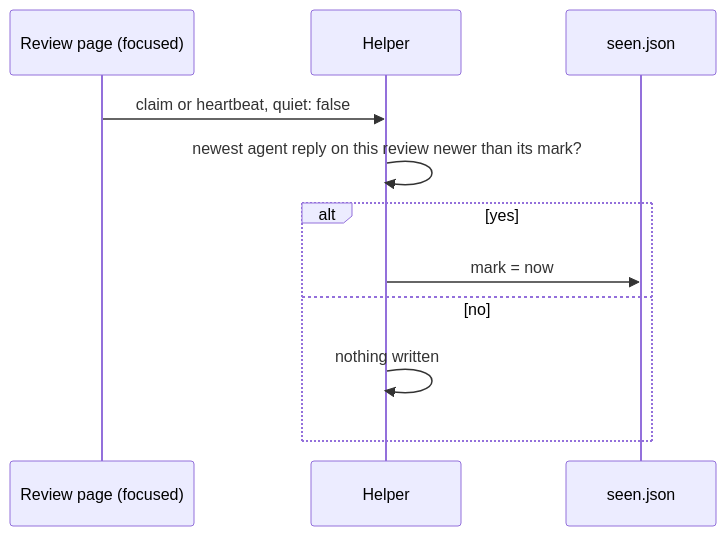
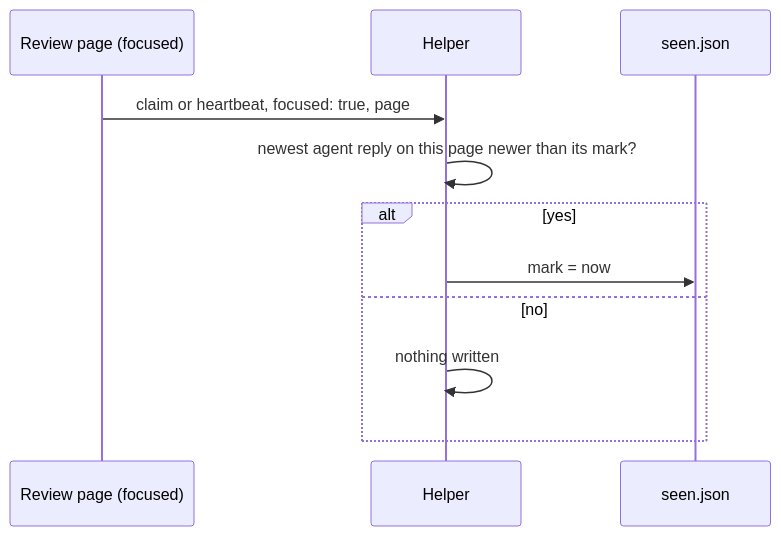
One commit to kenxle/live-agentic-html-editor changed the third of 4 diagrams in docs/features/20261012.01_menu_bar_app/02_architecture_menu_bar_app.md. Above: the diagram before and after it, drawn with Mermaid. The commit also changed other lines of this file and 4 other files, not shown here.

````diff
--- a/docs/features/20261012.01_menu_bar_app/02_architecture_menu_bar_app.md
+++ b/docs/features/20261012.01_menu_bar_app/02_architecture_menu_bar_app.md
@@ -163,13 +163,13 @@
 ```mermaid
 sequenceDiagram
     participant Page as Review page (focused)
     participant H as Helper
     participant S as seen.json
-    Page->>H: claim or heartbeat, quiet: false
-    H->>H: newest agent reply on this review newer than its mark?
+    Page->>H: claim or heartbeat, focused: true, page
+    H->>H: newest agent reply on this page newer than its mark?
     alt yes
         H->>S: mark = now
     else no
         H->>H: nothing written
     end
 ```
````
